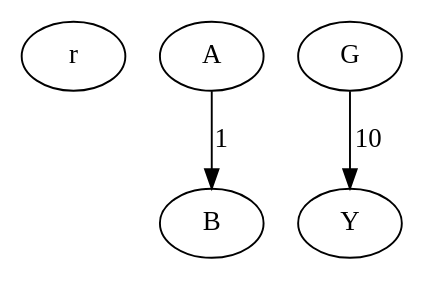
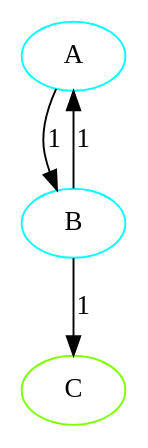
One commit to LerdPixel/mephi_labs changed the diagram in lab4-sem3/graph.dot. Above: the diagram before and after it, drawn with Graphviz. The commit also changed 5 other files, not shown here.

```diff
--- a/lab4-sem3/graph.dot
+++ b/lab4-sem3/graph.dot
@@ -1,9 +1,8 @@
 digraph {
-r
-A
-B
-G
-Y
+A [color=aqua]
+B [color=aqua]
+C [color=chartreuse]
 A -> B[label="1"]
-G -> Y[label="10"]
+B -> C[label="1"]
+B -> A[label="1"]
 }
```
